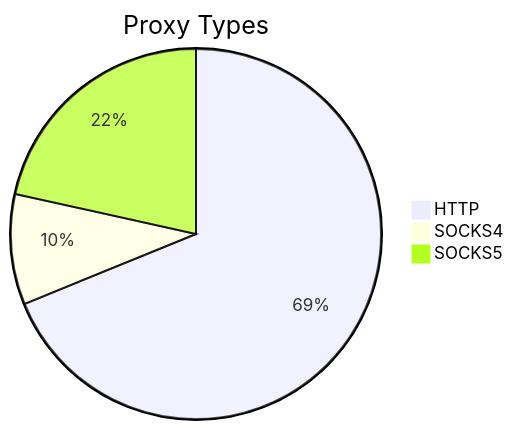
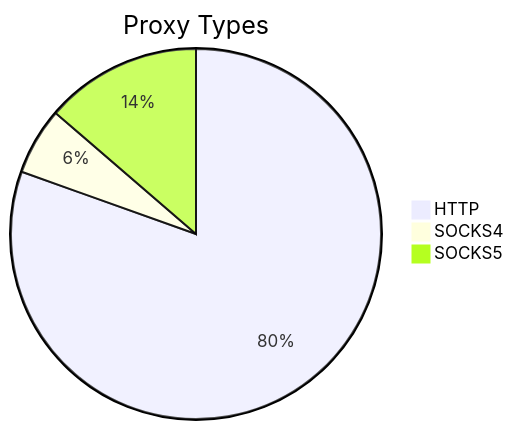
One commit to stormsia/proxy-list changed the first of 2 diagrams in README.md. Above: the diagram before and after it, drawn with Mermaid. The commit also changed other lines of this file, not shown here.

````diff
--- a/README.md
+++ b/README.md
@@ -21,6 +21,6 @@
 ```mermaid
 pie title Proxy Types
-    "HTTP" : 243
-    "SOCKS4" : 34
-    "SOCKS5" : 76
+    "HTTP" : 247
+    "SOCKS4" : 18
+    "SOCKS5" : 42
 ```
````
